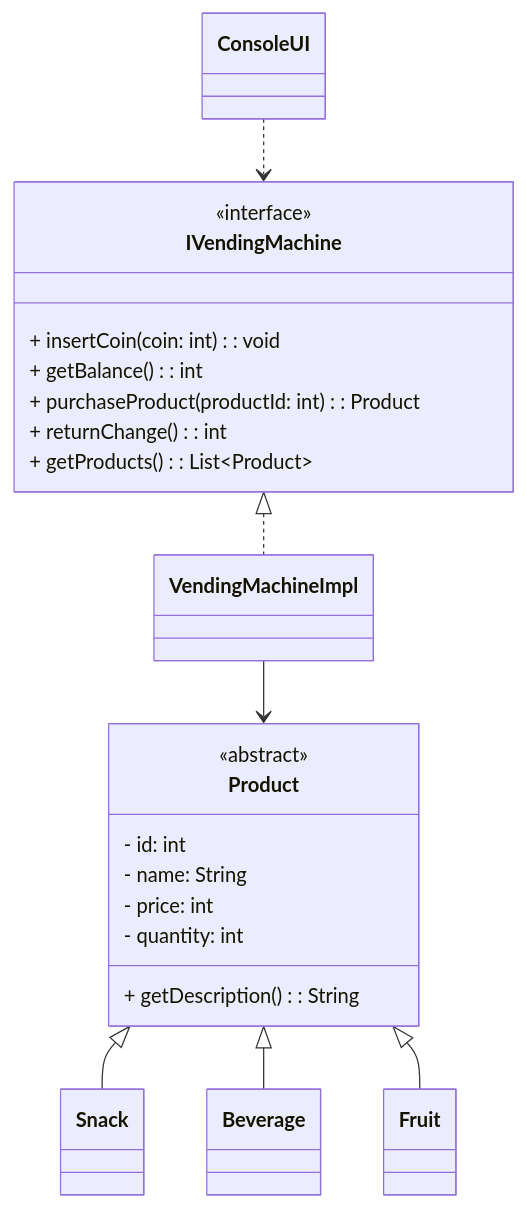
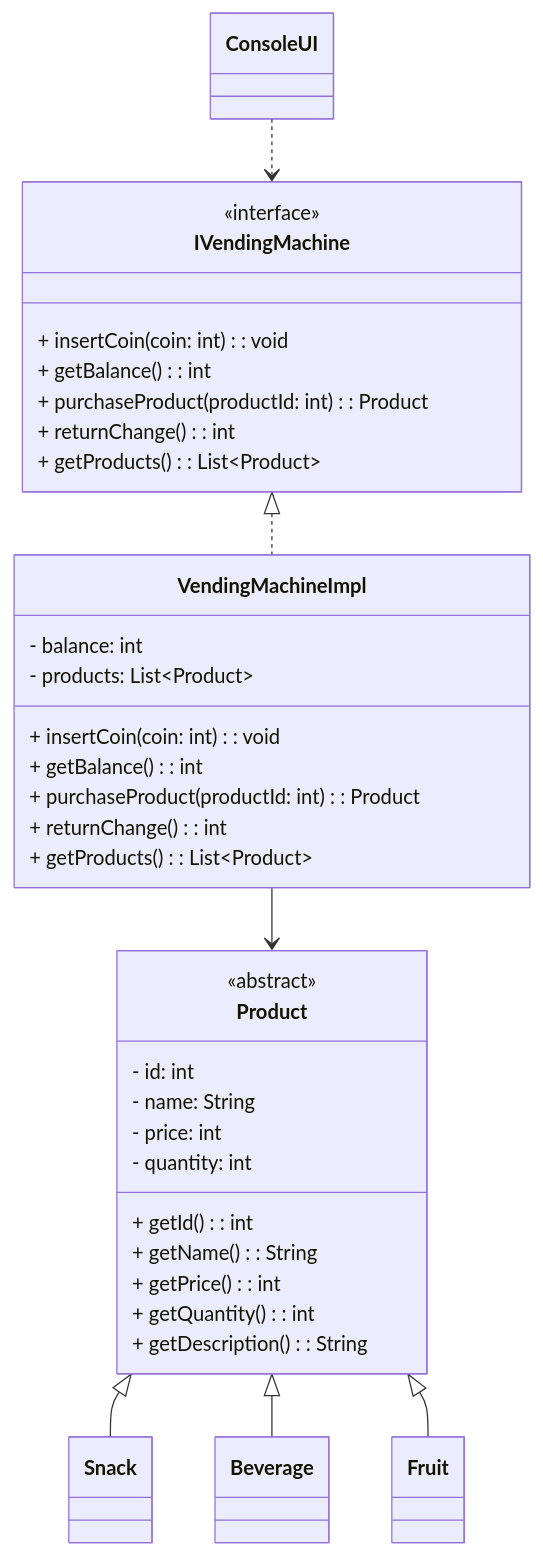
The diagram in READme.md (Halamohamed/VendingMachineWorkshops), drawn with Mermaid before and after one commit. The commit also changed 11 other files, not shown here.

````diff
--- a/READme.md
+++ b/READme.md
@@ -79,34 +79,46 @@
 ```mermaid
   classDiagram
     class IVendingMachine {
         <<interface>>
         + insertCoin(coin: int): void
         + getBalance(): int
         + purchaseProduct(productId: int): Product
         + returnChange(): int
         + getProducts(): List~Product~
     }
 
     class Product {
         <<abstract>>
         - id: int
         - name: String
         - price: int
         - quantity: int
+        + getId(): int
+        + getName(): String
+        + getPrice(): int
+        + getQuantity(): int
         + getDescription(): String
     }
 
     class Snack
     class Beverage
     class Fruit
 
-    class VendingMachineImpl
+    class VendingMachineImpl {
+        - balance: int
+        - products: List~Product~
+        + insertCoin(coin: int): void
+        + getBalance(): int
+        + purchaseProduct(productId: int): Product
+        + returnChange(): int
+        + getProducts(): List~Product~
+    }
     class ConsoleUI
 
     Product <|-- Snack
     Product <|-- Beverage
     Product <|-- Fruit
     IVendingMachine <|.. VendingMachineImpl
     VendingMachineImpl --> Product
     ConsoleUI ..> IVendingMachine
 ```
````
